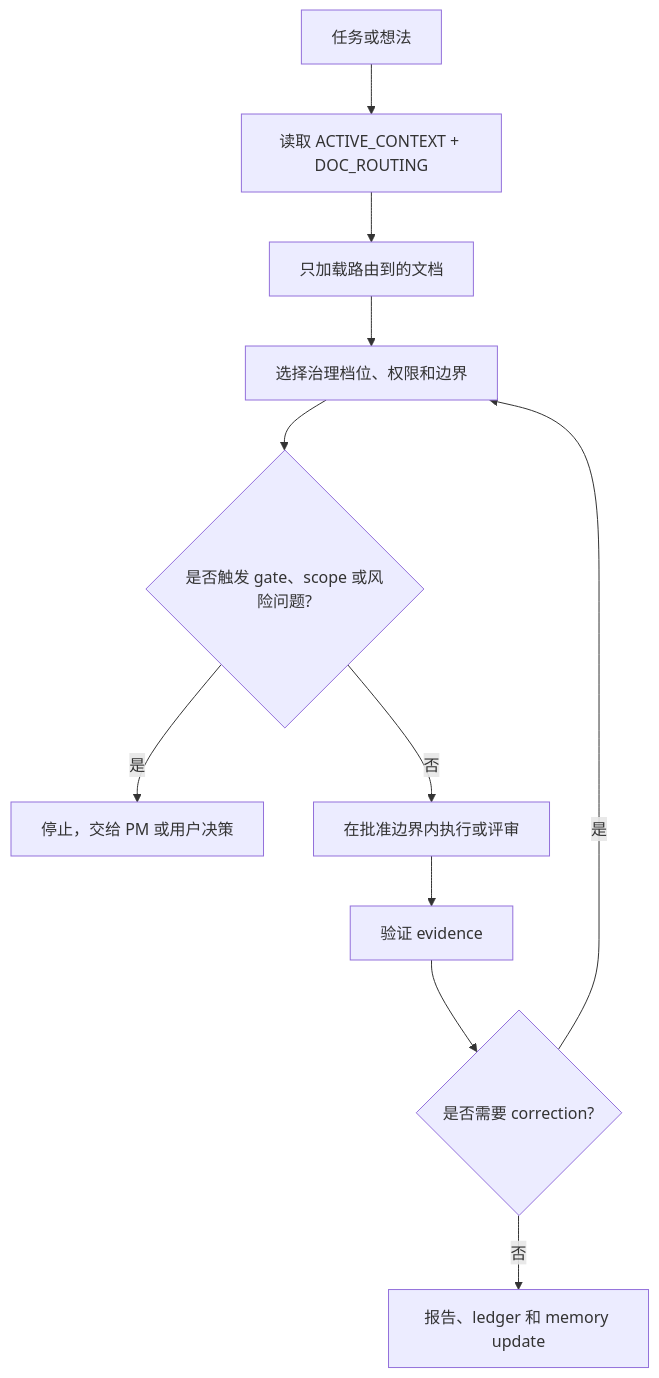
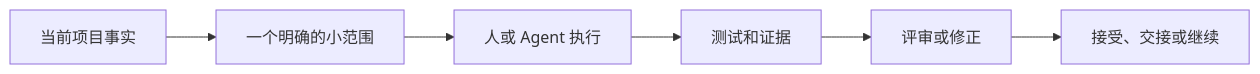
The diagram in README.zh-CN.md (JoeKeepGo/SAGE-Kit), drawn with Mermaid before and after one commit. The commit also changed other lines of this file and 1 other file, not shown here.

````diff
--- a/README.zh-CN.md
+++ b/README.zh-CN.md
@@ -517,13 +93,8 @@
 ```mermaid
-flowchart TD
-  A["任务或想法"] --> B["读取 ACTIVE_CONTEXT + DOC_ROUTING"]
-  B --> C["只加载路由到的文档"]
-  C --> D["选择治理档位、权限和边界"]
-  D --> E{"是否触发 gate、scope 或风险问题?"}
-  E -- "是" --> F["停止，交给 PM 或用户决策"]
-  E -- "否" --> G["在批准边界内执行或评审"]
-  G --> H["验证 evidence"]
-  H --> I{"是否需要 correction?"}
-  I -- "是" --> D
-  I -- "否" --> J["报告、ledger 和 memory update"]
+flowchart LR
+  A["当前项目事实"] --> B["一个明确的小范围"]
+  B --> C["人或 Agent 执行"]
+  C --> D["测试和证据"]
+  D --> E["评审或修正"]
+  E --> F["接受、交接或继续"]
 ```
````
